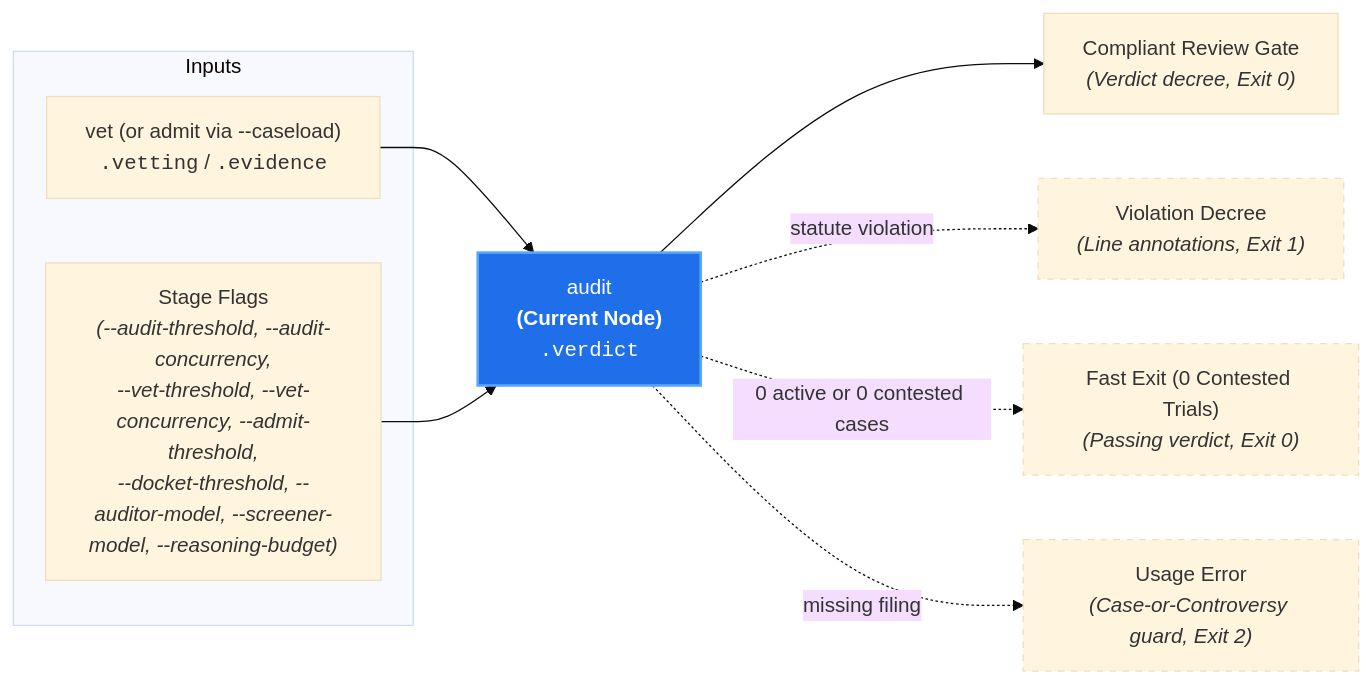
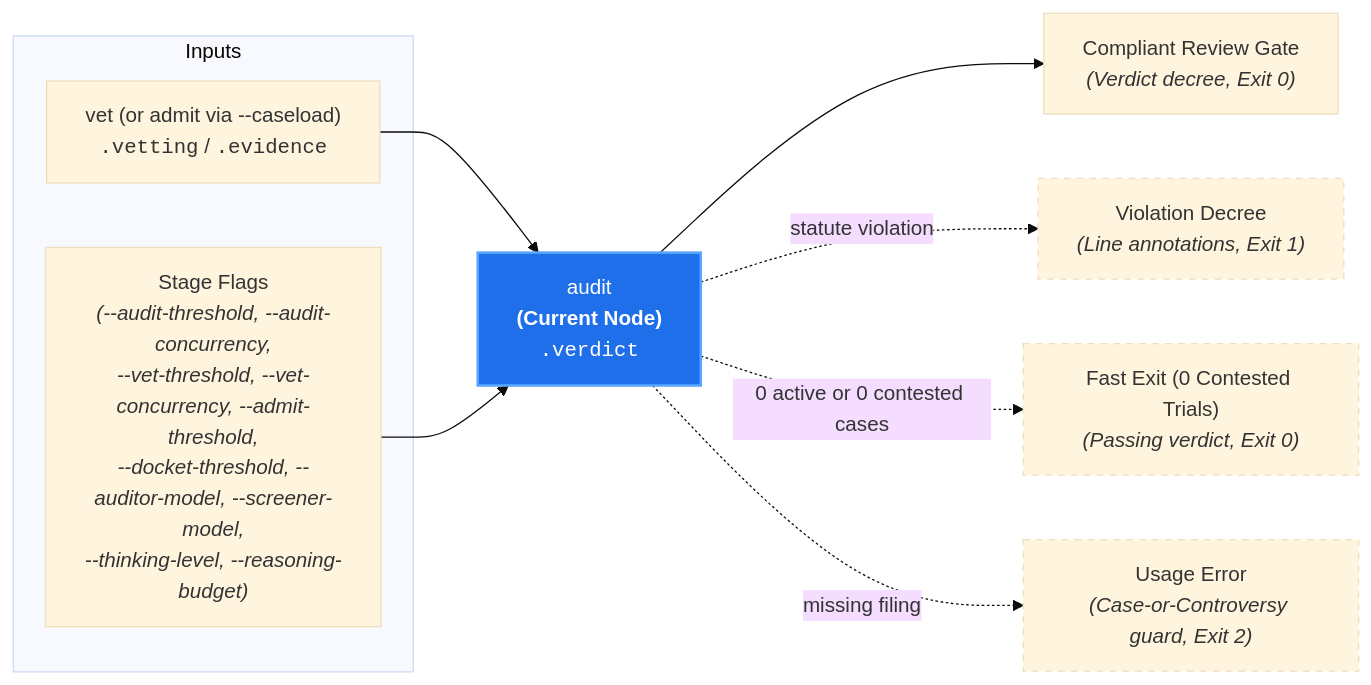
One commit to PAIR-code/canon-clerk changed the diagram in docs/architecture/nodes/audit.md. Above: the diagram before and after it, drawn with Mermaid (base theme). The commit also changed other lines of this file and 44 other files, not shown here.

First line of the commit message:
feat(spec,configuration,core,cli): default auditor to gemini-4-carbon with bounded thinking, curtail audit timeout, and stream per-call reasoning telemetry (#315)

````diff
--- a/docs/architecture/nodes/audit.md
+++ b/docs/architecture/nodes/audit.md
@@ -22,20 +22,20 @@
 ```mermaid
 flowchart LR
     subgraph Inputs["Inputs"]
         Vet["vet (or admit via --caseload)<br/><code>.vetting</code> / <code>.evidence</code>"]
-        Params["Stage Flags<br/><i>(--audit-threshold, --audit-concurrency,<br/>--vet-threshold, --vet-concurrency, --admit-threshold,<br/>--docket-threshold, --auditor-model, --screener-model, --reasoning-budget)</i>"]
+        Params["Stage Flags<br/><i>(--audit-threshold, --audit-concurrency,<br/>--vet-threshold, --vet-concurrency, --admit-threshold,<br/>--docket-threshold, --auditor-model, --screener-model,<br/>--thinking-level, --reasoning-budget)</i>"]
     end
 
     Vet --> Audit["audit<br/><b>(Current Node)</b><br/><code>.verdict</code>"]
     Params --> Audit
 
     Audit --> Compliant["Compliant Review Gate<br/><i>(Verdict decree, Exit 0)</i>"]
     Audit -. "statute violation" .-> Violation["Violation Decree<br/><i>(Line annotations, Exit 1)</i>"]
     Audit -. "0 active or 0 contested cases" .-> ZeroTrials["Fast Exit (0 Contested Trials)<br/><i>(Passing verdict, Exit 0)</i>"]
     Audit -. "missing filing" .-> UsageError["Usage Error<br/><i>(Case-or-Controversy guard, Exit 2)</i>"]
 
     style Audit fill:#1f6feb,stroke:#58a6ff,stroke-width:2px,color:#fff
     style Violation stroke-dasharray: 5 5
     style ZeroTrials stroke-dasharray: 5 5
     style UsageError stroke-dasharray: 5 5
 ```
````
